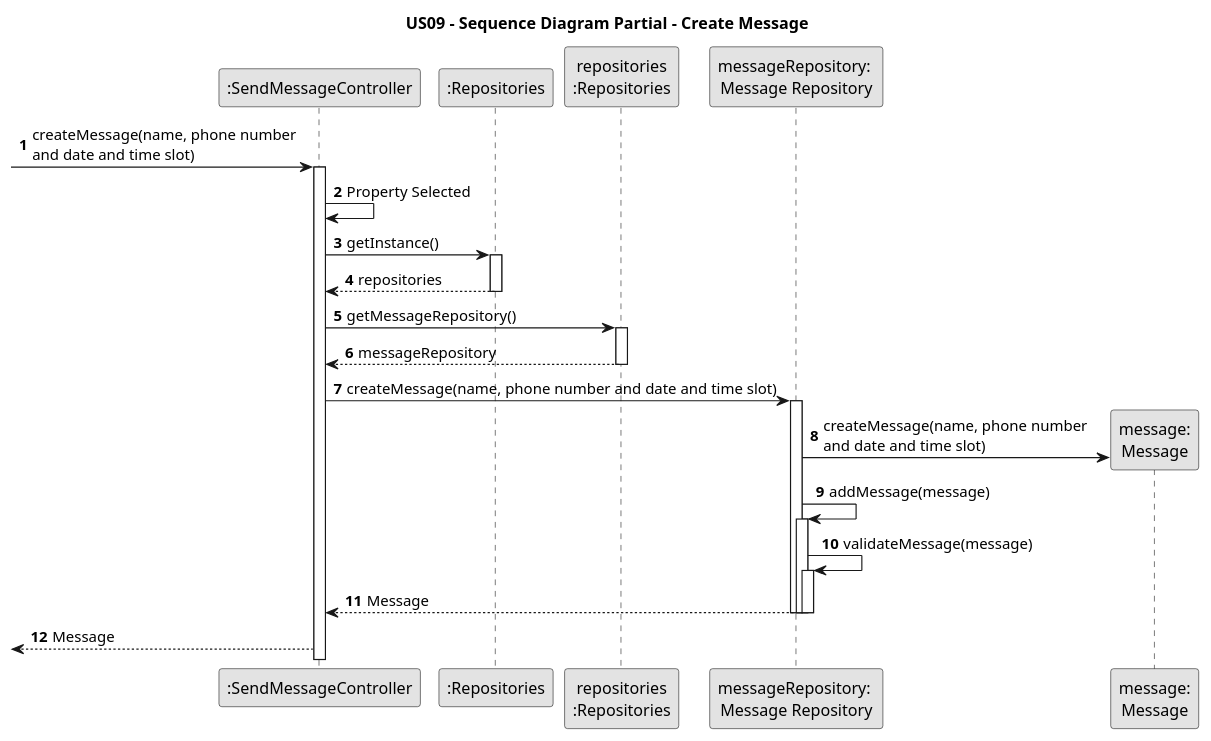
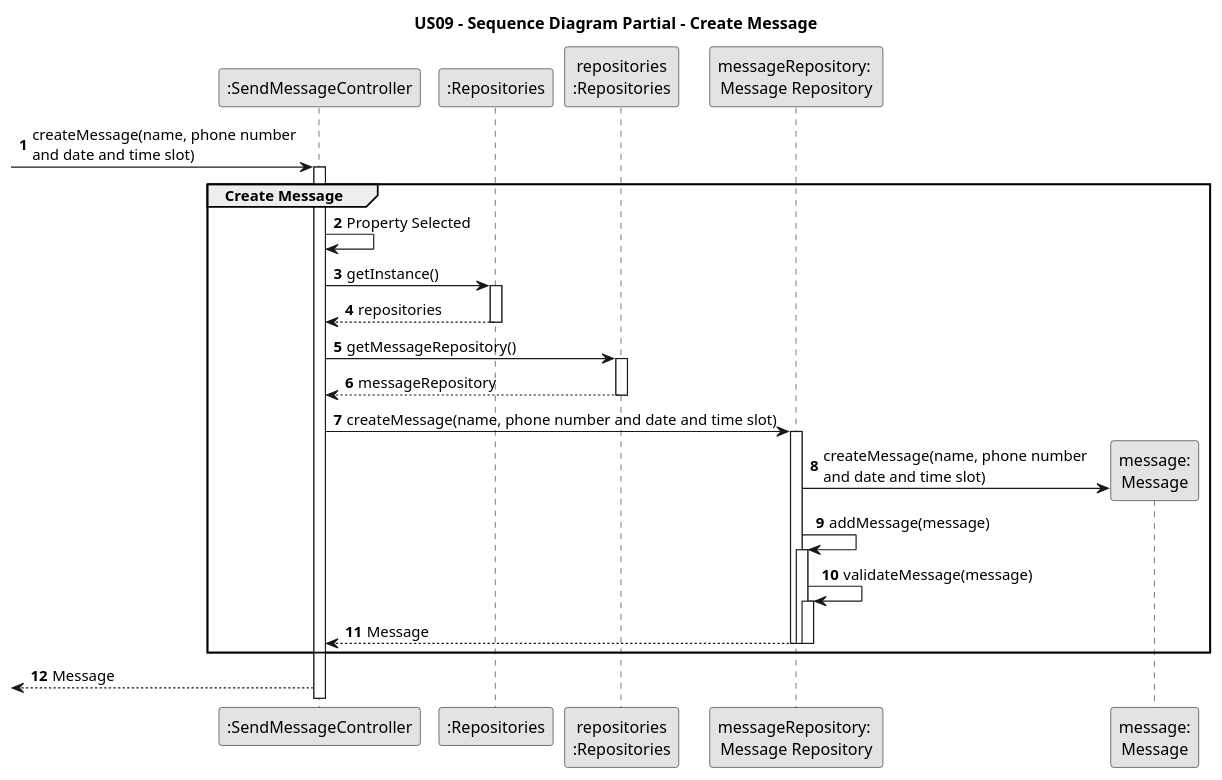
Before and after one commit to PureNimble/ISEP-LAPR2: the diagram in docs/sprintC/US09/03.design/puml/us09-sequence-diagram-partial-create-message.puml, drawn with PlantUML. The commit also changed 9 other files, not shown here.

Commit message:
US09 Added all svg Updated Read Me with all svg Sequence Diagram Partial (Get User Information) small correction Sequence Diagram Partial (Get Properties) small correction Sequence Diagram Partial (Create Message) small correction

```diff
--- a/docs/sprintC/US09/03.design/puml/us09-sequence-diagram-partial-create-message.puml
+++ b/docs/sprintC/US09/03.design/puml/us09-sequence-diagram-partial-create-message.puml
@@ -1,57 +1,61 @@
 @startuml
 'https://plantuml.com/sequence-diagram
 
 skinparam monochrome true
 skinparam packageStyle rectangle
 skinparam shadowing false
 
 title US09 - Sequence Diagram Partial - Create Message
 
 autonumber
 
 'hide footbox
 
 participant ":SendMessageController" as CTRL
 participant ":Repositories" as Repository
 participant "repositories\n:Repositories" as Repository2
 participant "messageRepository: \nMessage Repository" as messageRepository
 participant "message:\nMessage" as message
 
 autonumber
 
 -> CTRL: createMessage(name, phone number \nand date and time slot)
         activate CTRL
+
+        group Create Message
 
     CTRL ->CTRL: Property Selected
 
         CTRL -> Repository : getInstance()
             activate Repository
 
         Repository --> CTRL : repositories
             deactivate Repository
 
         CTRL -> Repository2 : getMessageRepository()
             activate Repository2
 
         Repository2 --> CTRL : messageRepository
             deactivate Repository2
 
             CTRL -> messageRepository : createMessage(name, phone number and date and time slot)
                 activate messageRepository
 
                 messageRepository -> message** : createMessage(name, phone number \nand date and time slot)
 
                 messageRepository -> messageRepository : addMessage(message)
                 activate messageRepository
 
                 messageRepository -> messageRepository : validateMessage(message)
                 activate messageRepository
 
                 messageRepository --> CTRL : Message
                 deactivate messageRepository
                 deactivate messageRepository
                 deactivate messageRepository
 
+                end
+
 
            <-- CTRL : Message
 @enduml
```
